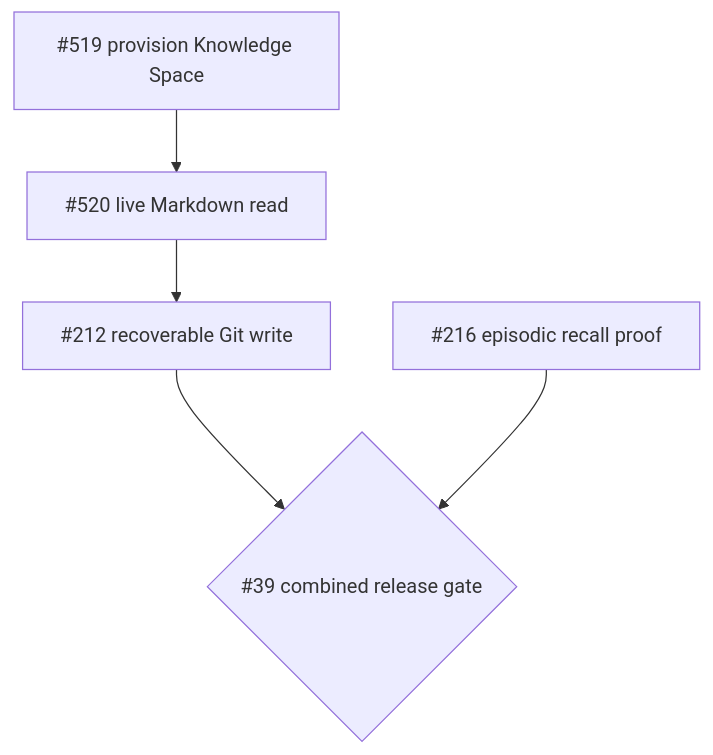
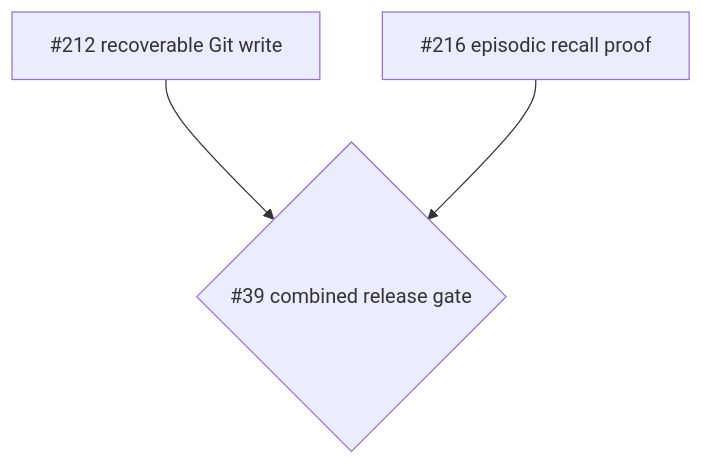
The diagram in ROADMAP.md (leon0399/llame), drawn with Mermaid before and after one commit. The commit also changed other lines of this file and 14 other files, not shown here.

````diff
--- a/ROADMAP.md
+++ b/ROADMAP.md
@@ -30,9 +27,9 @@
 ```mermaid
 flowchart TD
-    K0["#519 provision Knowledge Space"] --> K1["#520 live Markdown read"] --> K2["#212 recoverable Git write"]
+    K2["#212 recoverable Git write"]
     E0["#216 episodic recall proof"]
     Gate{"#39 combined release gate"}
 
     K2 --> Gate
     E0 --> Gate
 ```
````
